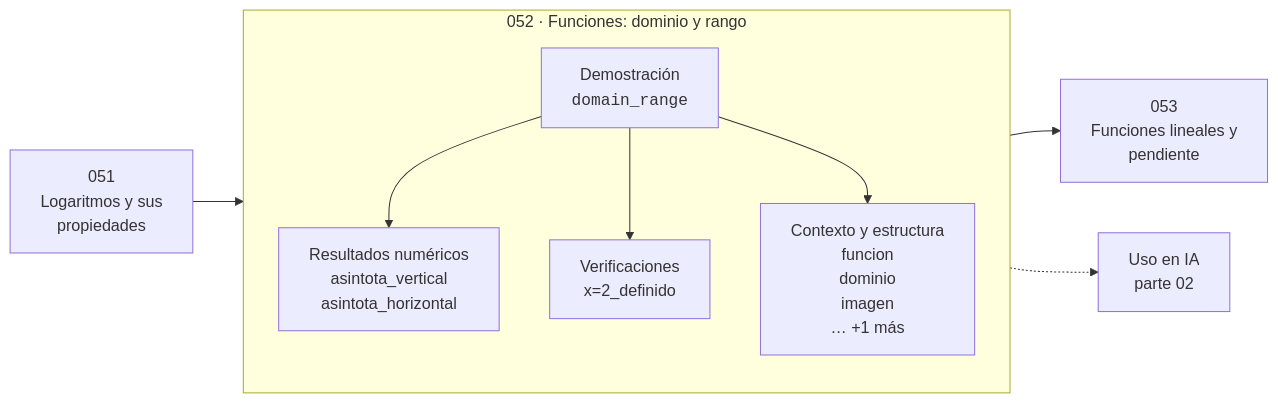
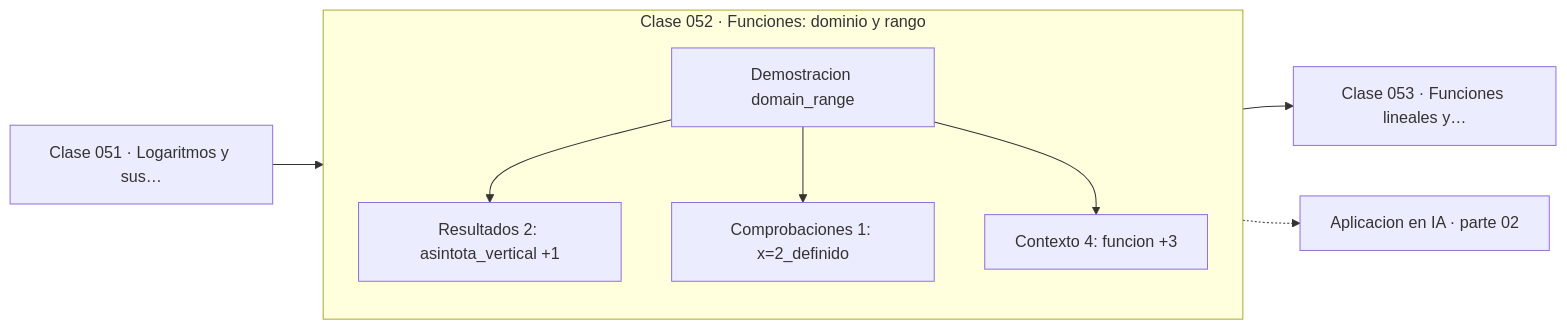
One commit to vladimiracunadev-create/computational-mathematics-program changed the diagram in classes/part-02-algebra-y-funciones/052-funciones-dominio-y-rango/README.md. Above: the diagram before and after it, drawn with Mermaid. The commit also changed 389 other files, not shown here.

First line of the commit message:
fix(diagramas): elimina el HTML de las etiquetas Mermaid

````diff
--- a/classes/part-02-algebra-y-funciones/052-funciones-dominio-y-rango/README.md
+++ b/classes/part-02-algebra-y-funciones/052-funciones-dominio-y-rango/README.md
@@ -35,12 +35,13 @@
 ```mermaid
 flowchart LR
-    P["051<br/>Logaritmos y sus<br/>propiedades"] --> C
-    subgraph C["052 · Funciones: dominio y rango"]
+    P["Clase 051 · Logaritmos y sus…"] --> D
+    subgraph CLASE["Clase 052 · Funciones: dominio y rango"]
         direction TB
-        D["Demostración<br/><code>domain_range</code>"] --> R["Resultados numéricos<br/>asintota_vertical<br/>asintota_horizontal"]
-        D --> V["Verificaciones<br/>x=2_definido"]
-        D --> O["Contexto y estructura<br/>funcion<br/>dominio<br/>imagen<br/>… +1 más"]
+        D["Demostracion domain_range"]
+        D --> R["Resultados 2: asintota_vertical +1"]
+        D --> V["Comprobaciones 1: x=2_definido"]
+        D --> O["Contexto 4: funcion +3"]
     end
-    C --> N["053<br/>Funciones lineales y<br/>pendiente"]
-    C -.-> IA["Uso en IA<br/>parte 02"]
+    R --> N["Clase 053 · Funciones lineales y…"]
+    V -.-> IA["Aplicacion en IA · parte 02"]
 ```
````
